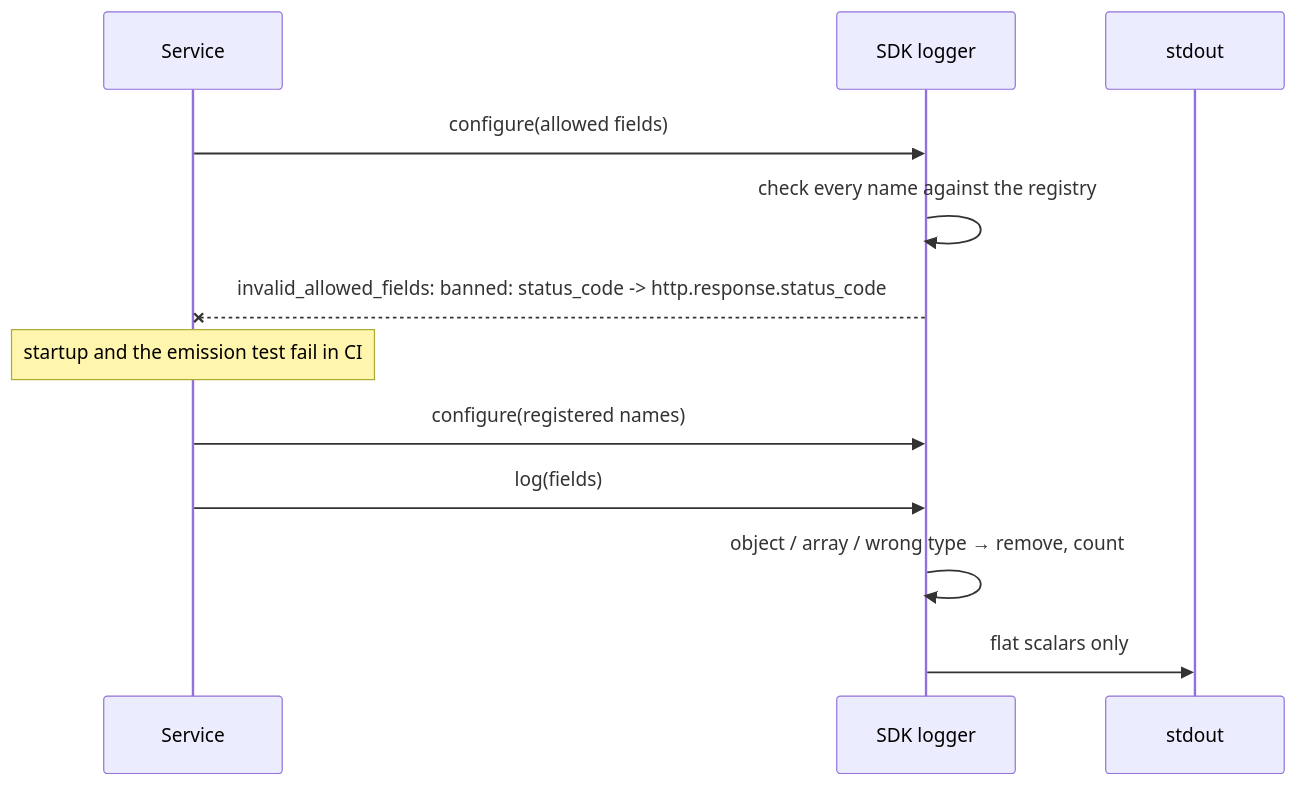
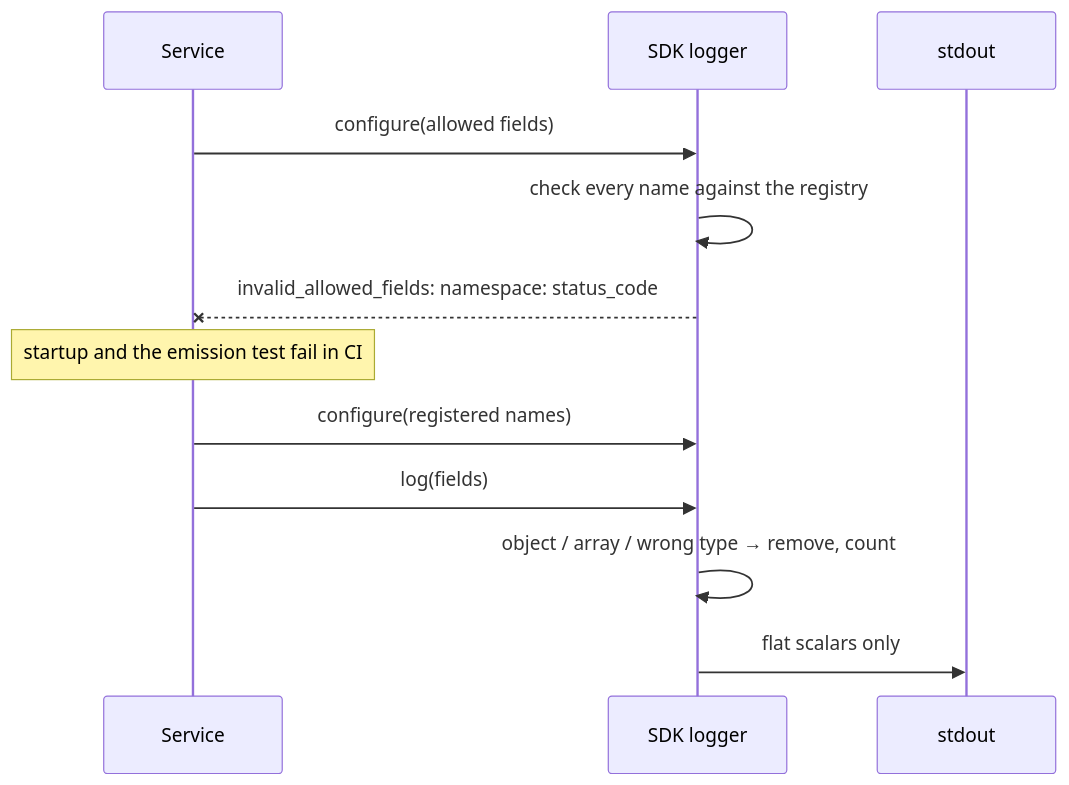
One commit to onenexus-team/onenexus-sdks changed the eighth of 8 diagrams in docs/logging.md. Above: the diagram before and after it, drawn with Mermaid. The commit also changed other lines of this file and 18 other files, not shown here.

````diff
--- a/docs/logging.md
+++ b/docs/logging.md
@@ -264,14 +262,14 @@
 ```mermaid
 sequenceDiagram
     participant Svc as Service
     participant SDK as SDK logger
     participant Out as stdout
     Svc->>SDK: configure(allowed fields)
     SDK->>SDK: check every name against the registry
-    SDK--xSvc: invalid_allowed_fields: banned: status_code -> http.response.status_code
+    SDK--xSvc: invalid_allowed_fields: namespace: status_code
     Note over Svc: startup and the emission test fail in CI
     Svc->>SDK: configure(registered names)
     Svc->>SDK: log(fields)
     SDK->>SDK: object / array / wrong type → remove, count
     SDK->>Out: flat scalars only
 ```
````
